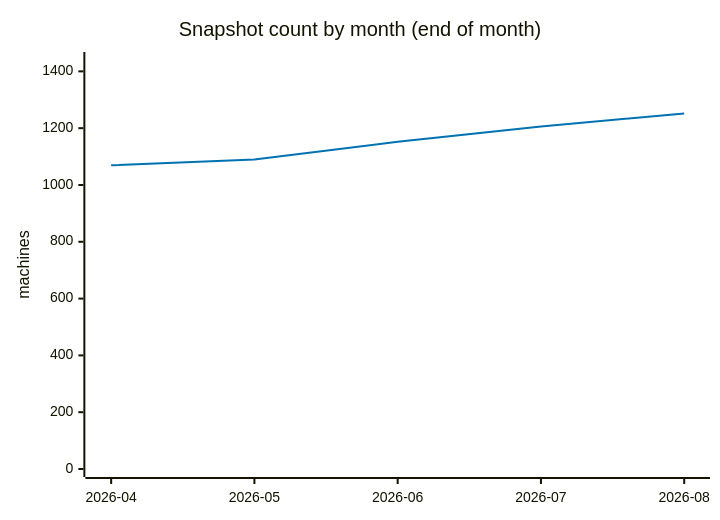
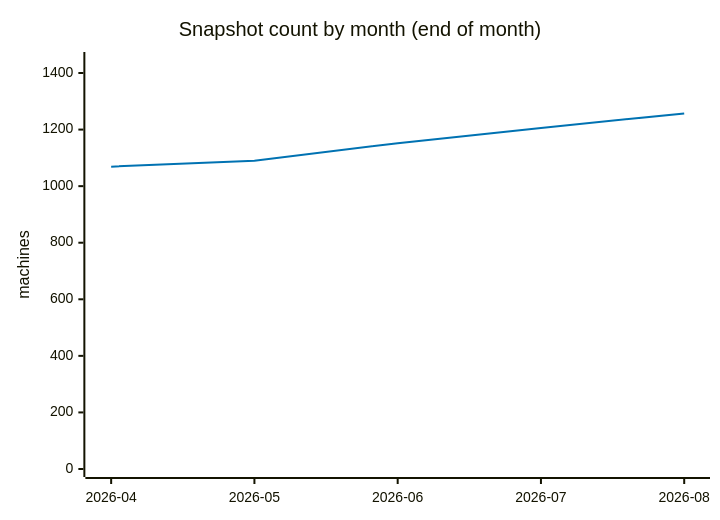
The sixth of 7 diagrams in ANALYSIS.md (cheeaun/returnright-data), drawn with Mermaid before and after one commit. The commit also changed other lines of this file and 3 other files, not shown here.

````diff
--- a/ANALYSIS.md
+++ b/ANALYSIS.md
@@ -284,13 +286,13 @@
 ```mermaid
 ---
 config:
   themeVariables:
     xyChart:
       plotColorPalette: "#0072B2"
 ---
 xychart-beta
     title "Snapshot count by month (end of month)"
     x-axis ["2026-04", "2026-05", "2026-06", "2026-07", "2026-08"]
-    y-axis "machines" 0 --> 1440
-    line [1069, 1090, 1152, 1206, 1252]
+    y-axis "machines" 0 --> 1446
+    line [1069, 1090, 1152, 1206, 1257]
 ```
````
